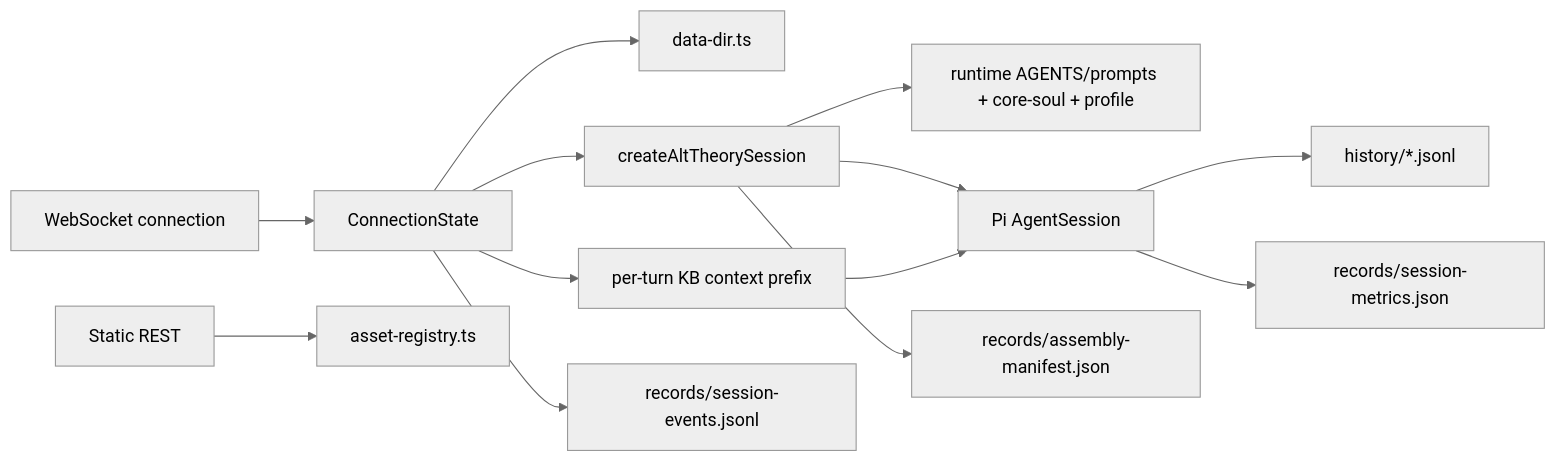
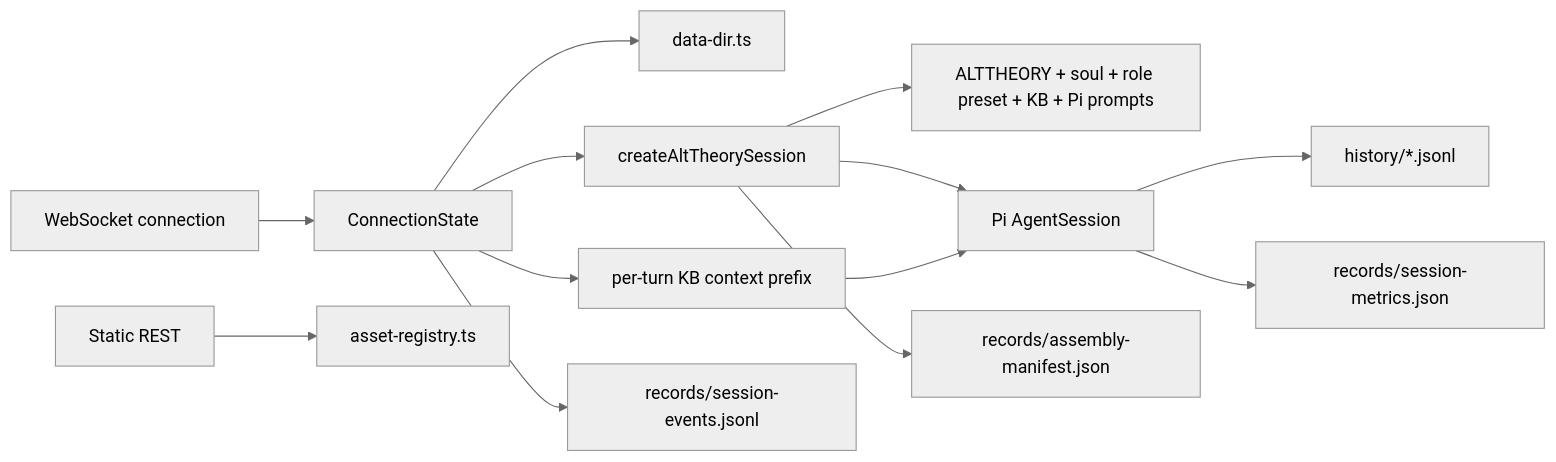
One commit to syuan-research/alt-theory changed the diagram in project/architecture/core-session-engine.md. Above: the diagram before and after it, drawn with Mermaid (neutral theme). The commit also changed other lines of this file and 25 other files, not shown here.

````diff
--- a/project/architecture/core-session-engine.md
+++ b/project/architecture/core-session-engine.md
@@ -50,15 +48,15 @@
 ```mermaid
 flowchart LR
   WS[WebSocket connection] --> State[ConnectionState]
   State --> Dirs[data-dir.ts]
   State --> Core[createAltTheorySession]
-  Core --> Assets[runtime AGENTS/prompts + core-soul + profile]
+  Core --> Assets[ALTTHEORY + soul + role preset + KB + Pi prompts]
   Core --> Pi[Pi AgentSession]
   State --> Prefix[per-turn KB context prefix]
   Prefix --> Pi
   Pi --> JSONL[history/*.jsonl]
   Core --> Manifest[records/assembly-manifest.json]
   Pi --> Metrics[records/session-metrics.json]
   State --> Events[records/session-events.jsonl]
   REST[Static REST] --> Registry[asset-registry.ts]
 ```
````
